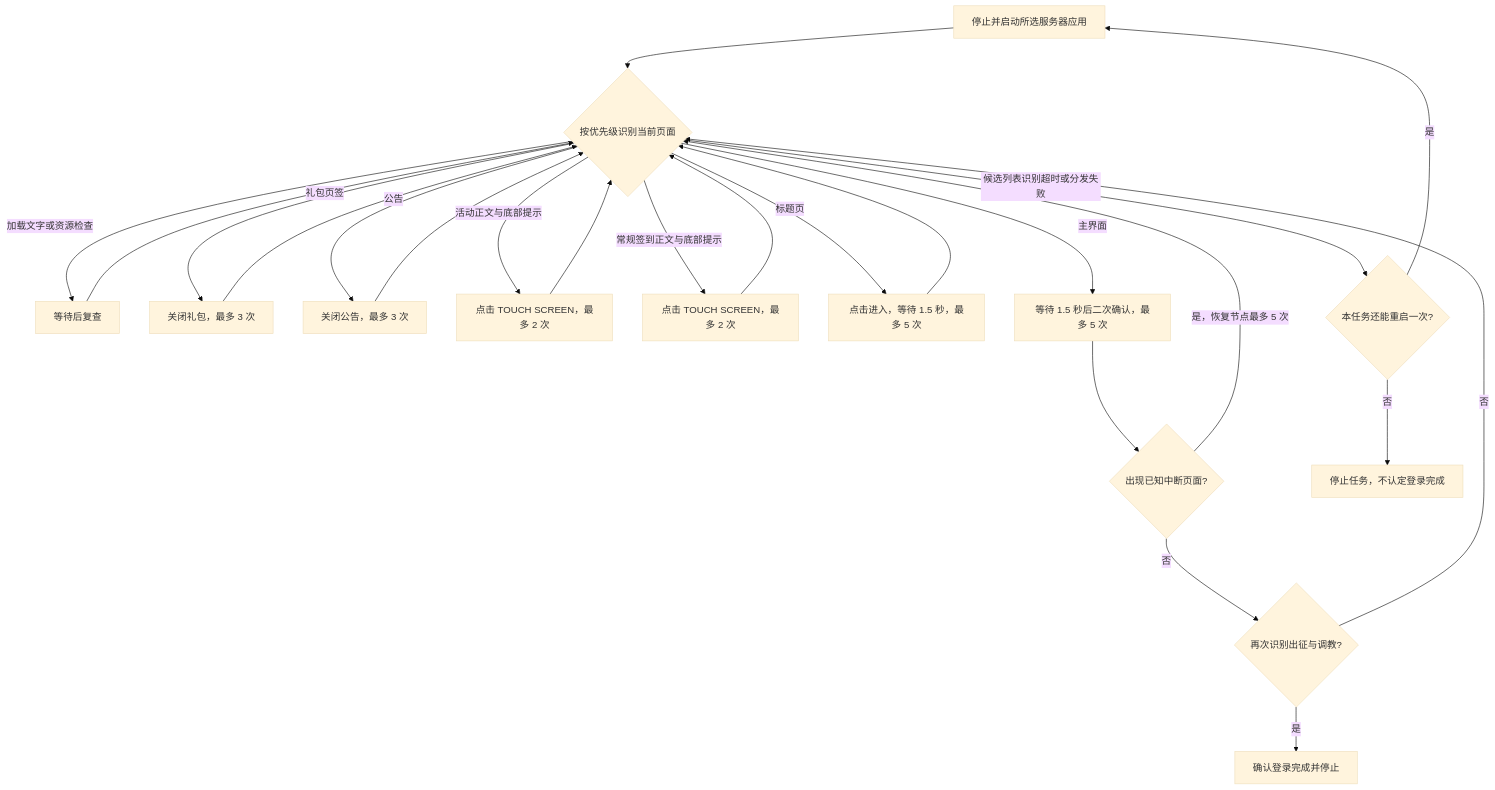
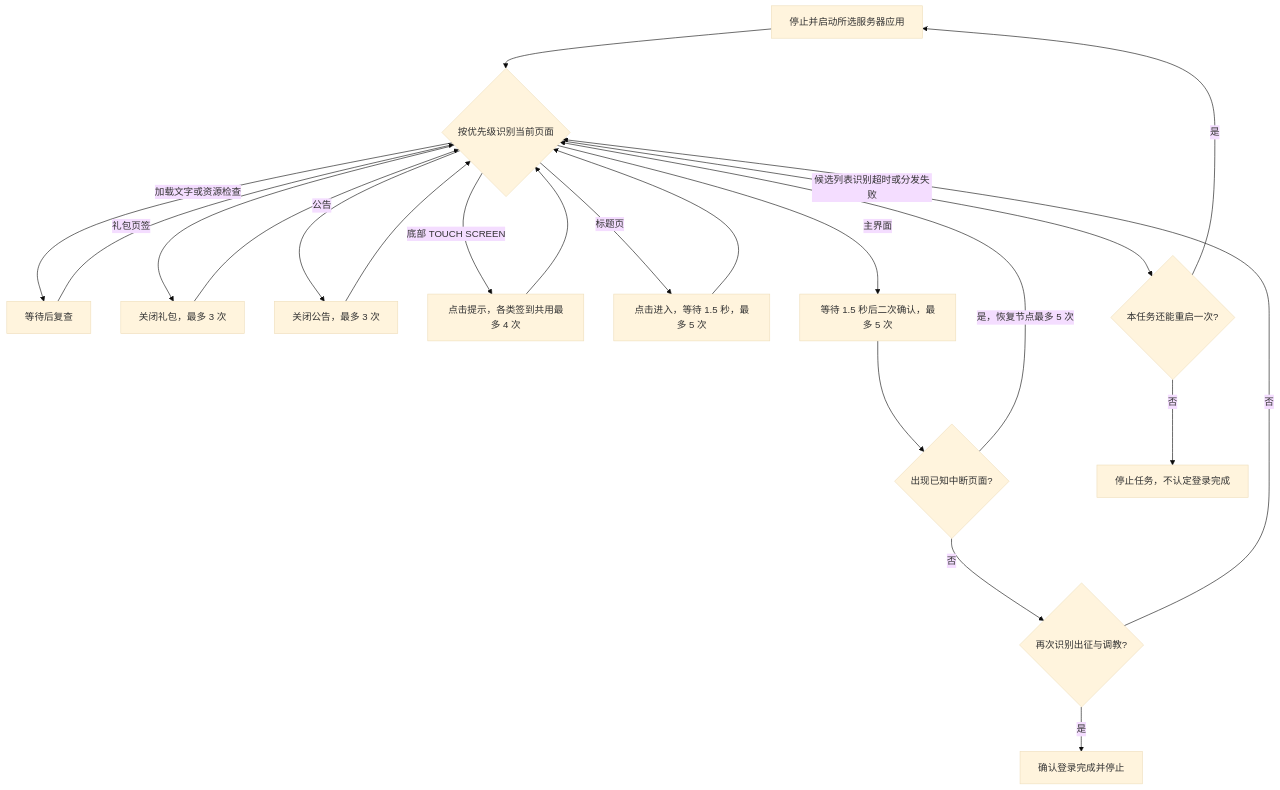
Before and after one commit to cccrx1/TKFMaa: the diagram in docs/zh_cn/tasks/game_login.md, drawn with Mermaid (base theme). The commit also changed other lines of this file and 6 other files, not shown here.

````diff
--- a/docs/zh_cn/tasks/game_login.md
+++ b/docs/zh_cn/tasks/game_login.md
@@ -27,25 +27,23 @@
 ```mermaid
 flowchart TD
     Start[停止并启动所选服务器应用] --> Check{按优先级识别当前页面}
     Check -->|加载文字或资源检查| Loading[等待后复查]
     Loading --> Check
     Check -->|礼包页签| Gift[关闭礼包，最多 3 次]
     Gift --> Check
     Check -->|公告| Notice[关闭公告，最多 3 次]
     Notice --> Check
-    Check -->|活动正文与底部提示| Event[点击 TOUCH SCREEN，最多 2 次]
-    Event --> Check
-    Check -->|常规签到正文与底部提示| SignIn[点击 TOUCH SCREEN，最多 2 次]
+    Check -->|底部 TOUCH SCREEN| SignIn[点击提示，各类签到共用最多 4 次]
     SignIn --> Check
     Check -->|标题页| Title[点击进入，等待 1.5 秒，最多 5 次]
     Title --> Check
     Check -->|主界面| Observe[等待 1.5 秒后二次确认，最多 5 次]
     Observe --> Interrupted{出现已知中断页面?}
     Interrupted -->|是，恢复节点最多 5 次| Check
     Interrupted -->|否| Main{再次识别出征与调教?}
     Main -->|是| Done[确认登录完成并停止]
     Main -->|否| Check
     Check -->|候选列表识别超时或分发失败| Retry{本任务还能重启一次?}
     Retry -->|是| Start
     Retry -->|否| Stop[停止任务，不认定登录完成]
 ```
````
